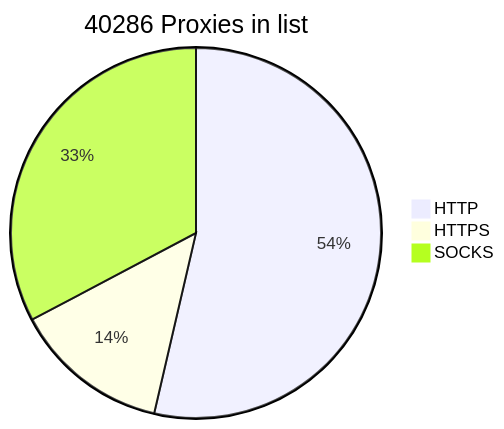
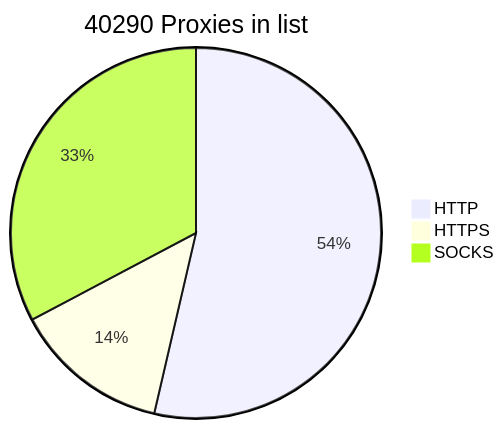
Before and after one commit to BlackSnowDot/proxylist-update-every-minute: the diagram in README.md, drawn with Mermaid.

````diff
--- a/README.md
+++ b/README.md
@@ -2,6 +2,6 @@
 ```mermaid
-pie title 40286 Proxies in list
+pie title 40290 Proxies in list
     "HTTP" : 24225
     "HTTPS": 6159
-    "SOCKS" : 14788
+    "SOCKS" : 14792
 ```
````
